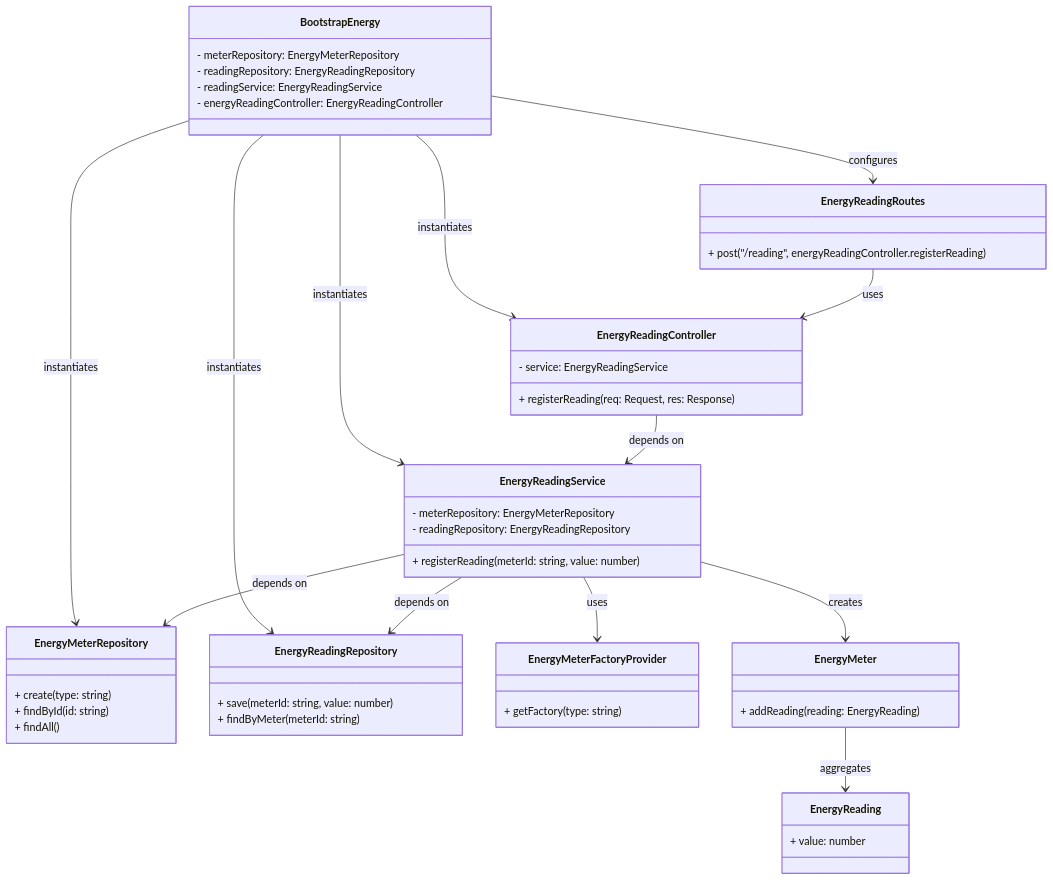
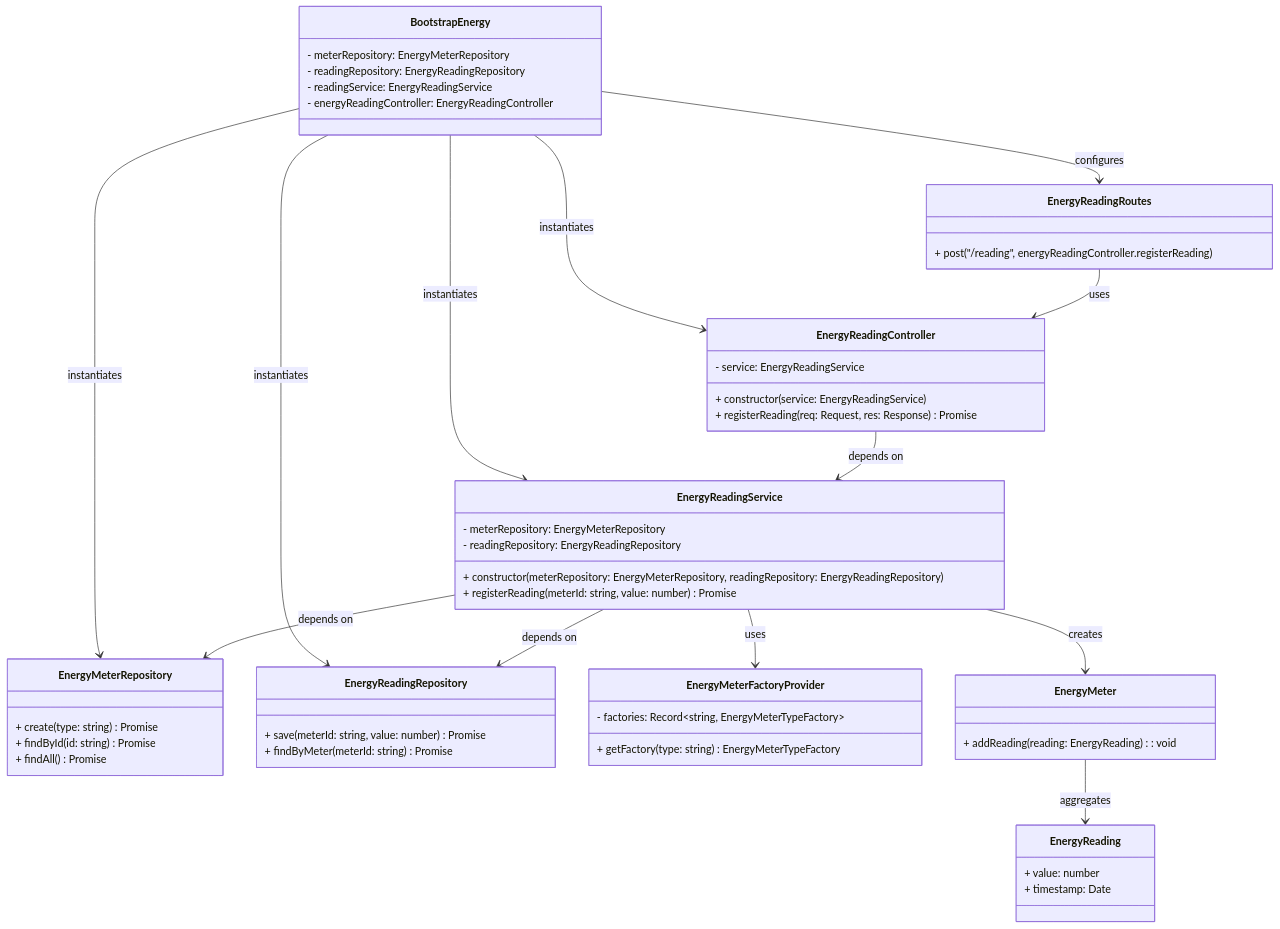
Diagram 14 of 14 in docs/report_rubens_rabelo.md (rubensrabelo/gestao-de-consumo-de-energia), drawn with Mermaid before and after one commit. The commit also changed other lines of this file and 2 other files, not shown here.

````diff
--- a/docs/report_rubens_rabelo.md
+++ b/docs/report_rubens_rabelo.md
@@ -975,64 +1022,68 @@
 ```mermaid
 classDiagram
     class EnergyReadingController {
         - service: EnergyReadingService
-        + registerReading(req: Request, res: Response)
+        + constructor(service: EnergyReadingService)
+        + registerReading(req: Request, res: Response) Promise
     }
 
     class EnergyReadingService {
         - meterRepository: EnergyMeterRepository
         - readingRepository: EnergyReadingRepository
-        + registerReading(meterId: string, value: number)
+        + constructor(meterRepository: EnergyMeterRepository, readingRepository: EnergyReadingRepository)
+        + registerReading(meterId: string, value: number) Promise
     }
 
     class EnergyMeterRepository {
-        + create(type: string)
-        + findById(id: string)
-        + findAll()
+        + create(type: string) Promise
+        + findById(id: string) Promise
+        + findAll() Promise
     }
 
     class EnergyReadingRepository {
-        + save(meterId: string, value: number)
-        + findByMeter(meterId: string)
+        + save(meterId: string, value: number) Promise
+        + findByMeter(meterId: string) Promise
     }
 
     class EnergyMeterFactoryProvider {
-        + getFactory(type: string)
+        - factories: Record~string, EnergyMeterTypeFactory~
+        + getFactory(type: string) EnergyMeterTypeFactory 
     }
 
     class EnergyMeter {
-        + addReading(reading: EnergyReading)
+        + addReading(reading: EnergyReading): void
     }
 
     class EnergyReading {
         + value: number
+        + timestamp: Date
     }
 
     class BootstrapEnergy {
         - meterRepository: EnergyMeterRepository
         - readingRepository: EnergyReadingRepository
         - readingService: EnergyReadingService
         - energyReadingController: EnergyReadingController
     }
 
     class EnergyReadingRoutes {
         + post("/reading", energyReadingController.registerReading)
     }
 
     %% Instanciação (DI)
     BootstrapEnergy --> EnergyMeterRepository : instantiates
     BootstrapEnergy --> EnergyReadingRepository : instantiates
     BootstrapEnergy --> EnergyReadingService : instantiates
     BootstrapEnergy --> EnergyReadingController : instantiates
     BootstrapEnergy --> EnergyReadingRoutes : configures
 
     %% Dependências
     EnergyReadingController --> EnergyReadingService : depends on
     EnergyReadingService --> EnergyMeterRepository : depends on
     EnergyReadingService --> EnergyReadingRepository : depends on
     EnergyReadingService --> EnergyMeterFactoryProvider : uses
     EnergyReadingService --> EnergyMeter : creates
     EnergyMeter --> EnergyReading : aggregates
 
     EnergyReadingRoutes --> EnergyReadingController : uses
 ```
````
